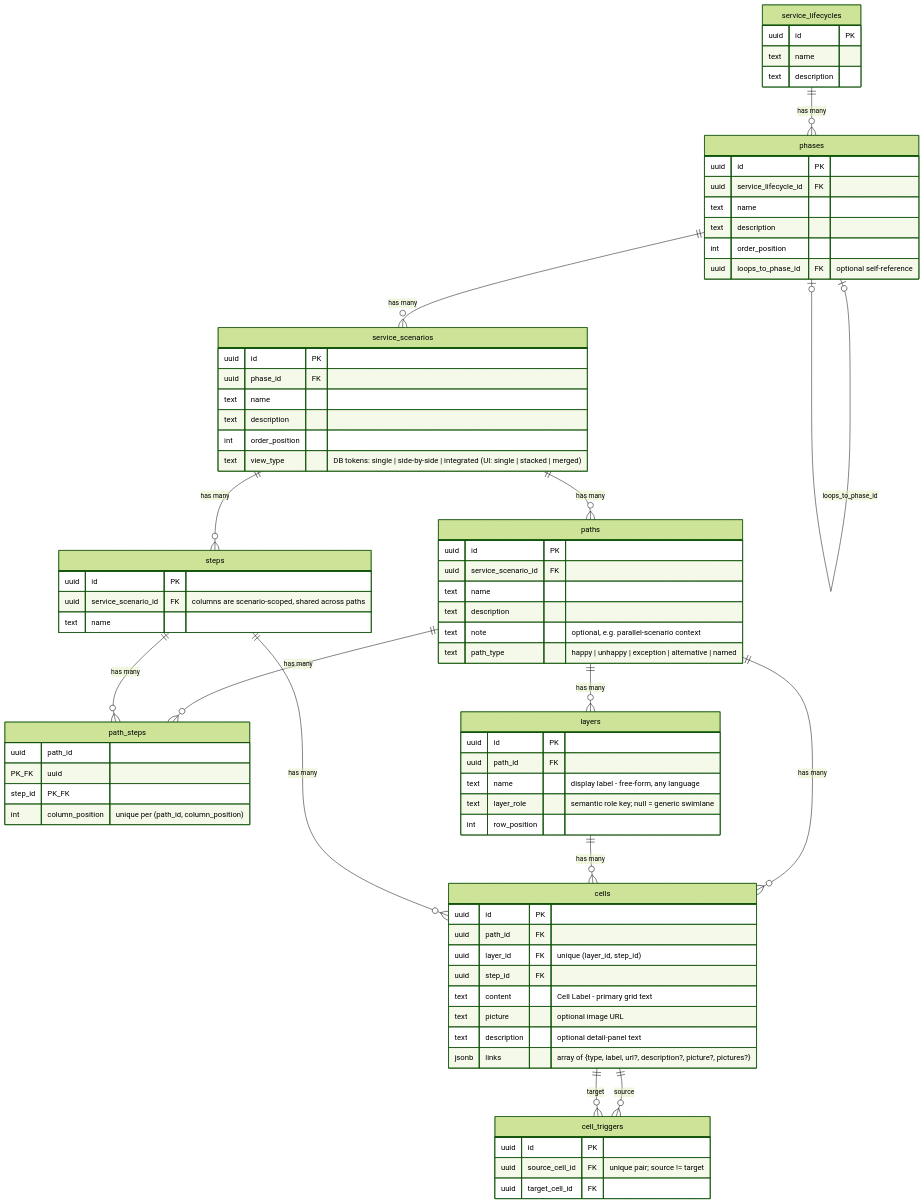
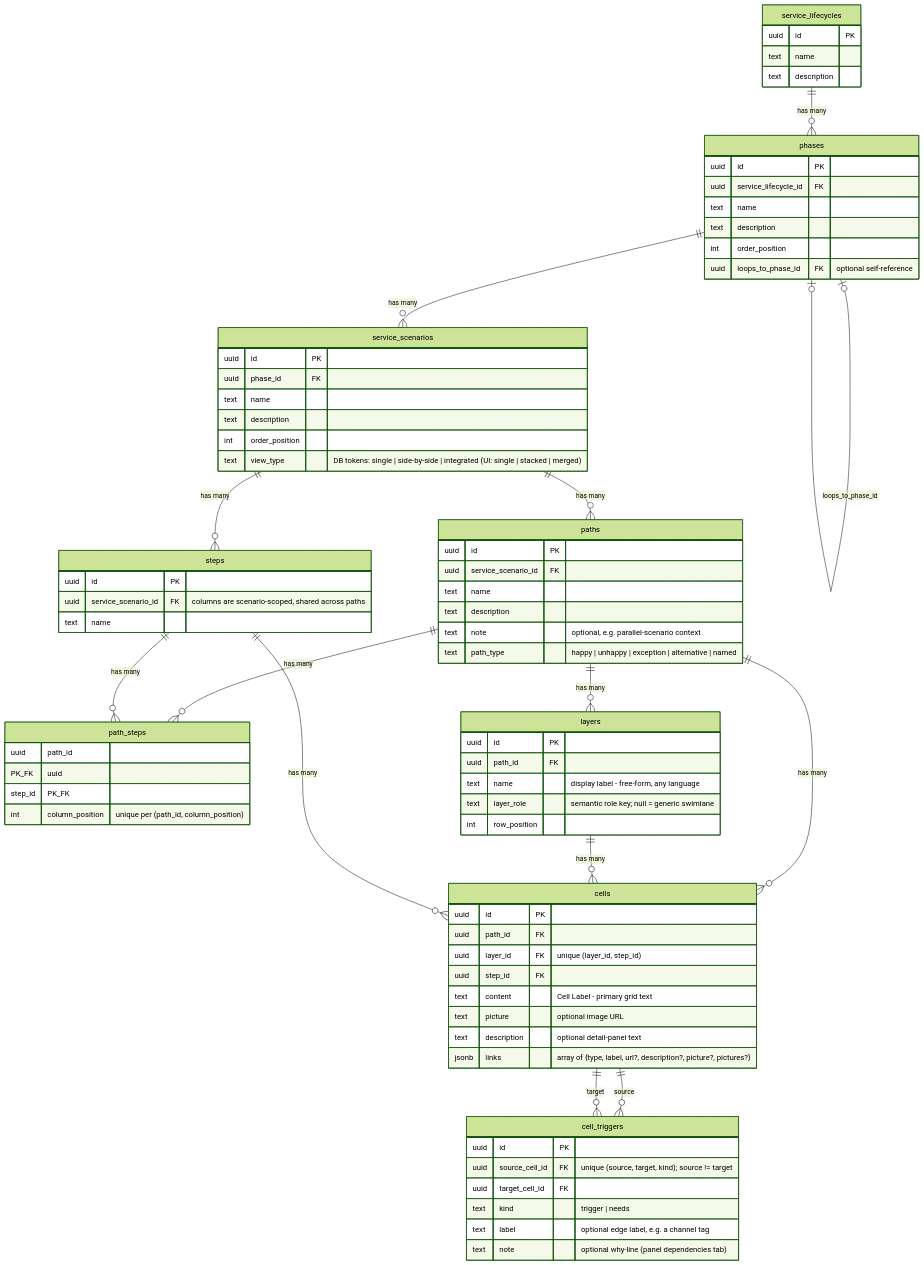
One commit to BilLogic/agentic-service-blueprinting changed the diagram in references/data-model.md. Above: the diagram before and after it, drawn with Mermaid (forest theme). The commit also changed other lines of this file and 7 other files, not shown here.

First line of the commit message:
feat(schema): migration-v2 Phase 1 — authoring parity + optional service-account tier recipe

````diff
--- a/references/data-model.md
+++ b/references/data-model.md
@@ -33,26 +37,26 @@
 ```mermaid
 erDiagram
   service_lifecycles ||--o{ phases : "has many"
   phases ||--o{ service_scenarios : "has many"
   phases |o--o| phases : "loops_to_phase_id"
   service_scenarios ||--o{ paths : "has many"
   service_scenarios ||--o{ steps : "has many"
   paths ||--o{ path_steps : "has many"
   steps ||--o{ path_steps : "has many"
   paths ||--o{ layers : "has many"
   paths ||--o{ cells : "has many"
   layers ||--o{ cells : "has many"
   steps ||--o{ cells : "has many"
   cells ||--o{ cell_triggers : "source"
   cells ||--o{ cell_triggers : "target"
 
   service_lifecycles { uuid id PK  text name  text description }
   phases { uuid id PK  uuid service_lifecycle_id FK  text name  text description  int order_position  uuid loops_to_phase_id FK "optional self-reference" }
   service_scenarios { uuid id PK  uuid phase_id FK  text name  text description  int order_position  text view_type "DB tokens: single | side-by-side | integrated (UI: single | stacked | merged)" }
   paths { uuid id PK  uuid service_scenario_id FK  text name  text description  text note "optional, e.g. parallel-scenario context"  text path_type "happy | unhappy | exception | alternative | named" }
   steps { uuid id PK  uuid service_scenario_id FK "columns are scenario-scoped, shared across paths"  text name }
   path_steps { uuid path_id PK_FK  uuid step_id PK_FK  int column_position "unique per (path_id, column_position)" }
   layers { uuid id PK  uuid path_id FK  text name "display label - free-form, any language"  text layer_role "semantic role key; null = generic swimlane"  int row_position }
   cells { uuid id PK  uuid path_id FK  uuid layer_id FK "unique (layer_id, step_id)"  uuid step_id FK  text content "Cell Label - primary grid text"  text picture "optional image URL"  text description "optional detail-panel text"  jsonb links "array of {type, label, url?, description?, picture?, pictures?}" }
-  cell_triggers { uuid id PK  uuid source_cell_id FK "unique pair; source != target"  uuid target_cell_id FK }
+  cell_triggers { uuid id PK  uuid source_cell_id FK "unique (source, target, kind); source != target"  uuid target_cell_id FK  text kind "trigger | needs"  text label "optional edge label, e.g. a channel tag"  text note "optional why-line (panel dependencies tab)" }
 ```
````
